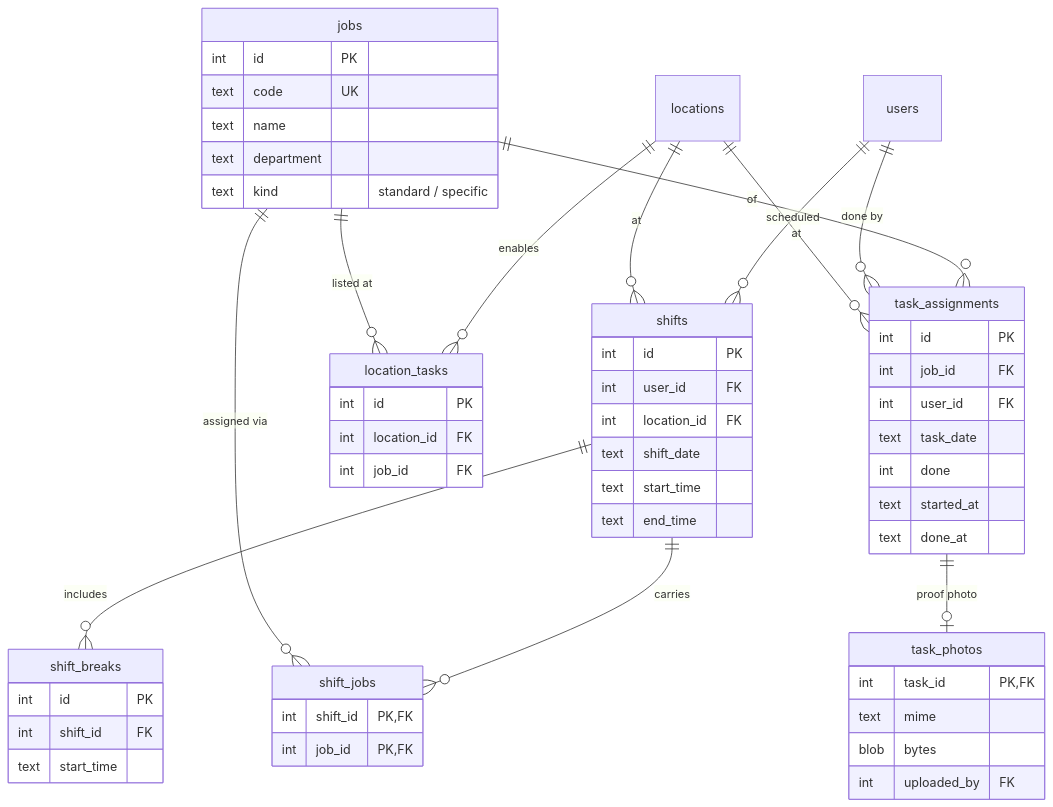
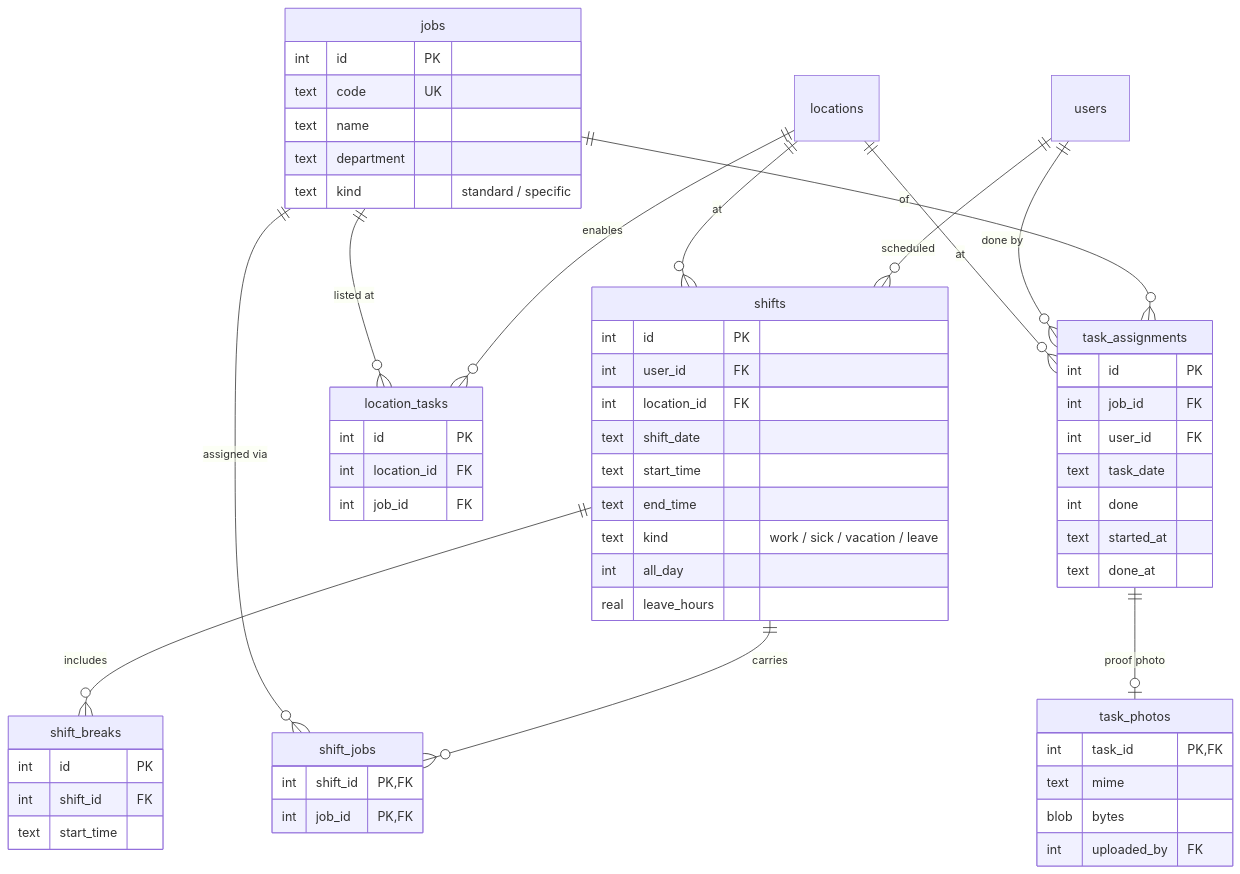
The fourth of 14 diagrams in docs/HANDBOOK.md (nolanle-gmail/pho-ha-noi), drawn with Mermaid before and after one commit. The commit also changed other lines of this file, not shown here.

Commit message:
docs: handbook — schedule Sick/Vacation/On-leave with timesheet hours

````diff
--- a/docs/HANDBOOK.md
+++ b/docs/HANDBOOK.md
@@ -233,58 +233,61 @@
 ```mermaid
 erDiagram
   users ||--o{ shifts : "scheduled"
   locations ||--o{ shifts : "at"
   shifts ||--o{ shift_jobs : "carries"
   jobs ||--o{ shift_jobs : "assigned via"
   shifts ||--o{ shift_breaks : "includes"
   locations ||--o{ location_tasks : "enables"
   jobs ||--o{ location_tasks : "listed at"
   jobs ||--o{ task_assignments : "of"
   users ||--o{ task_assignments : "done by"
   locations ||--o{ task_assignments : "at"
   task_assignments ||--o| task_photos : "proof photo"
   jobs {
     int id PK
     text code UK
     text name
     text department
     text kind "standard / specific"
   }
   shifts {
     int id PK
     int user_id FK
     int location_id FK
     text shift_date
     text start_time
     text end_time
+    text kind "work / sick / vacation / leave"
+    int all_day
+    real leave_hours
   }
   shift_jobs {
     int shift_id PK,FK
     int job_id PK,FK
   }
   shift_breaks {
     int id PK
     int shift_id FK
     text start_time
   }
   task_assignments {
     int id PK
     int job_id FK
     int user_id FK
     text task_date
     int done
     text started_at
     text done_at
   }
   task_photos {
     int task_id PK,FK
     text mime
     blob bytes
     int uploaded_by FK
   }
   location_tasks {
     int id PK
     int location_id FK
     int job_id FK
   }
 ```
````
